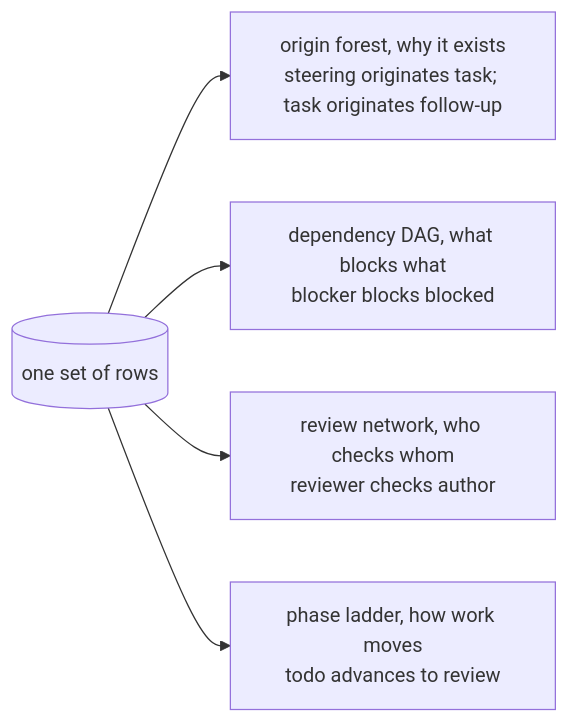
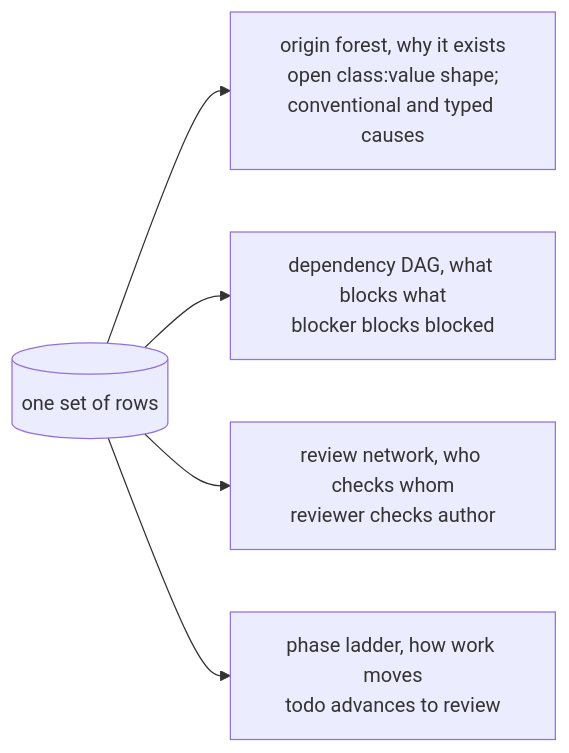
One commit to infimalabs/spice-rust changed the seventh of 9 diagrams in docs/product/model/domain.md. Above: the diagram before and after it, drawn with Mermaid. The commit also changed other lines of this file and 71 other files, not shown here.

````diff
--- a/docs/product/model/domain.md
+++ b/docs/product/model/domain.md
@@ -122,7 +123,7 @@
 ```mermaid
 flowchart LR
-  R[("one set of rows")] --> O["origin forest, why it exists<br/>steering originates task; task originates follow-up"]
+  R[("one set of rows")] --> O["origin forest, why it exists<br/>open class:value shape;<br/>conventional and typed causes"]
   R --> D["dependency DAG, what blocks what<br/>blocker blocks blocked"]
   R --> V["review network, who checks whom<br/>reviewer checks author"]
   R --> P["phase ladder, how work moves<br/>todo advances to review"]
 ```
````
